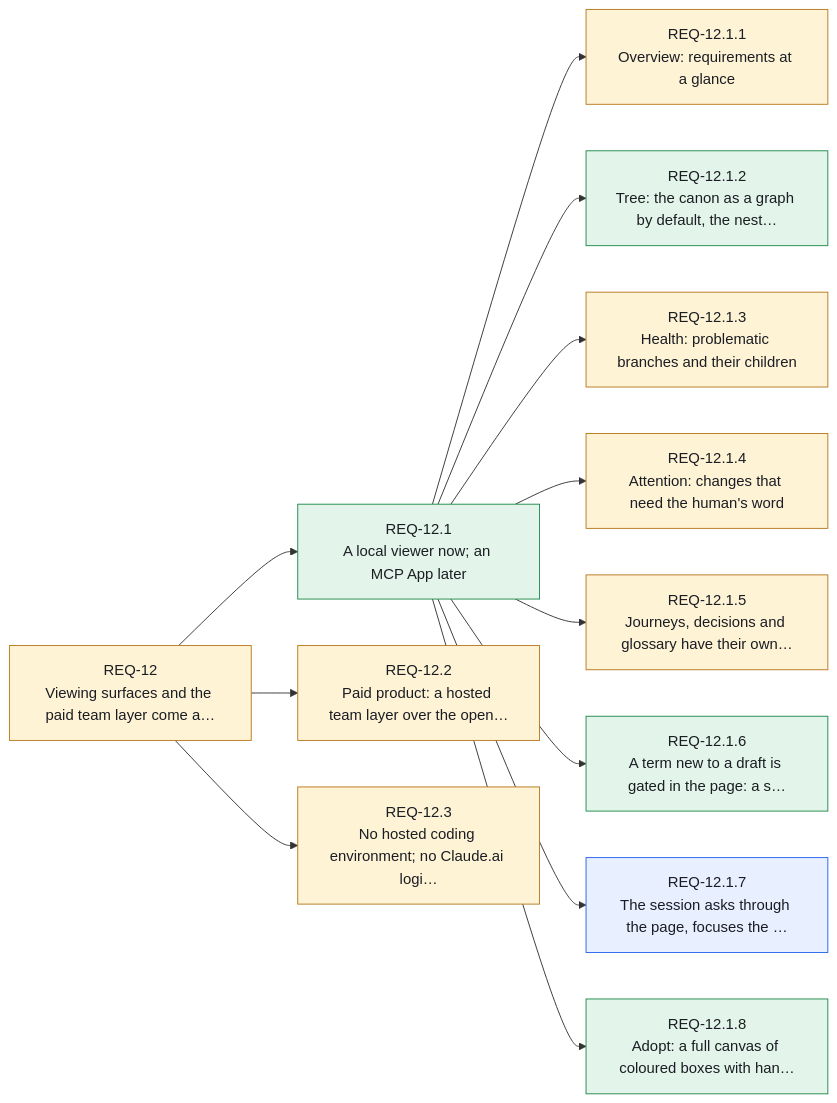
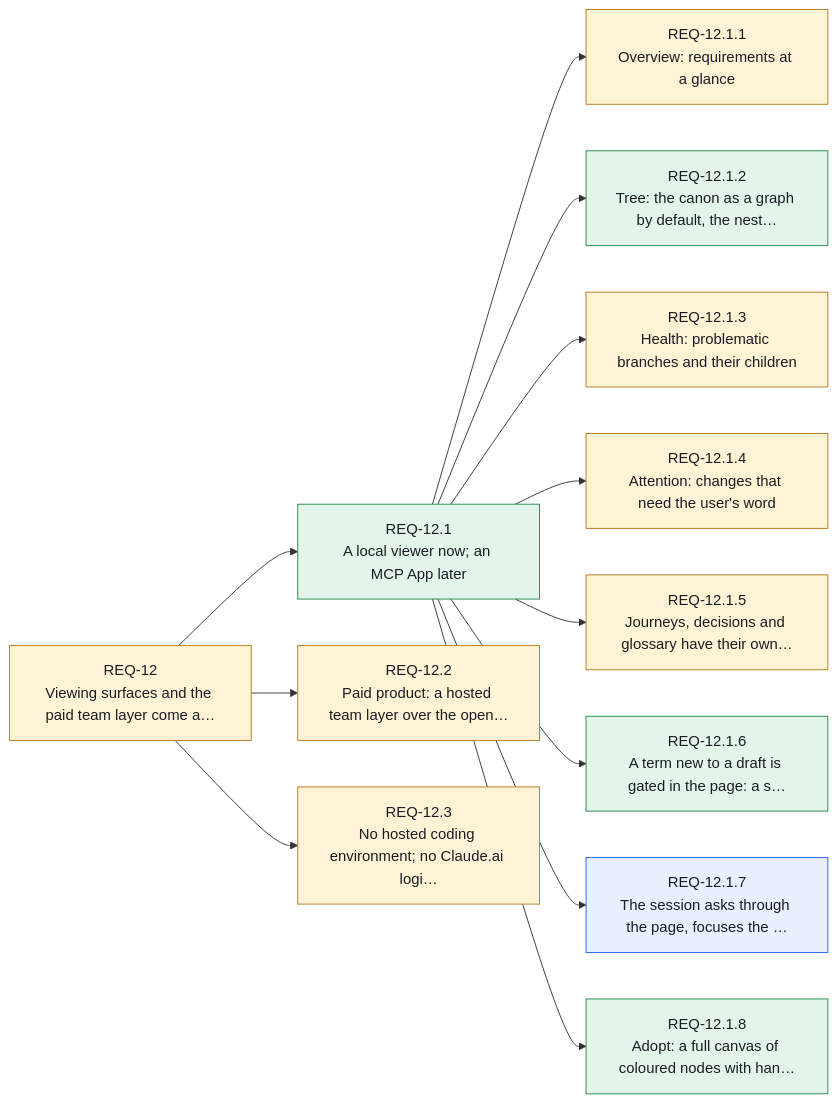
One commit to Althis/headcanon changed diagram 13 of 14 in canon/INDEX.md. Above: the diagram before and after it, drawn with Mermaid. The commit also changed other lines of this file and 157 other files, not shown here.

````diff
--- a/canon/INDEX.md
+++ b/canon/INDEX.md
@@ -567,31 +567,31 @@
 ```mermaid
 flowchart LR
     REQ_12["REQ-12<br/>Viewing surfaces and the paid team layer come a…"]:::assumed
     REQ_12_1["REQ-12.1<br/>A local viewer now; an MCP App later"]:::stated
     REQ_12_1_1["REQ-12.1.1<br/>Overview: requirements at a glance"]:::assumed
     REQ_12_1_2["REQ-12.1.2<br/>Tree: the canon as a graph by default, the nest…"]:::stated
     REQ_12_1_3["REQ-12.1.3<br/>Health: problematic branches and their children"]:::assumed
-    REQ_12_1_4["REQ-12.1.4<br/>Attention: changes that need the human's word"]:::assumed
+    REQ_12_1_4["REQ-12.1.4<br/>Attention: changes that need the user's word"]:::assumed
     REQ_12_1_5["REQ-12.1.5<br/>Journeys, decisions and glossary have their own…"]:::assumed
     REQ_12_1_6["REQ-12.1.6<br/>A term new to a draft is gated in the page: a s…"]:::stated
     REQ_12_1_7["REQ-12.1.7<br/>The session asks through the page, focuses the …"]:::resolved
-    REQ_12_1_8["REQ-12.1.8<br/>Adopt: a full canvas of coloured boxes with han…"]:::stated
+    REQ_12_1_8["REQ-12.1.8<br/>Adopt: a full canvas of coloured nodes with han…"]:::stated
     REQ_12_2["REQ-12.2<br/>Paid product: a hosted team layer over the open…"]:::assumed
     REQ_12_3["REQ-12.3<br/>No hosted coding environment; no Claude.ai logi…"]:::assumed
     REQ_12 --> REQ_12_1
     REQ_12_1 --> REQ_12_1_1
     REQ_12_1 --> REQ_12_1_2
     REQ_12_1 --> REQ_12_1_3
     REQ_12_1 --> REQ_12_1_4
     REQ_12_1 --> REQ_12_1_5
     REQ_12_1 --> REQ_12_1_6
     REQ_12_1 --> REQ_12_1_7
     REQ_12_1 --> REQ_12_1_8
     REQ_12 --> REQ_12_2
     REQ_12 --> REQ_12_3
     classDef stated fill:#e3f5ea,stroke:#1f8a4c,color:#1a1d23
     classDef resolved fill:#e8efff,stroke:#2563eb,color:#1a1d23
     classDef assumed fill:#fff3d6,stroke:#b7791f,color:#1a1d23
     classDef draft fill:#ece9fb,stroke:#6b5bd2,color:#1a1d23
     classDef contested fill:#fde7e8,stroke:#d13438,color:#1a1d23
 ```
````
